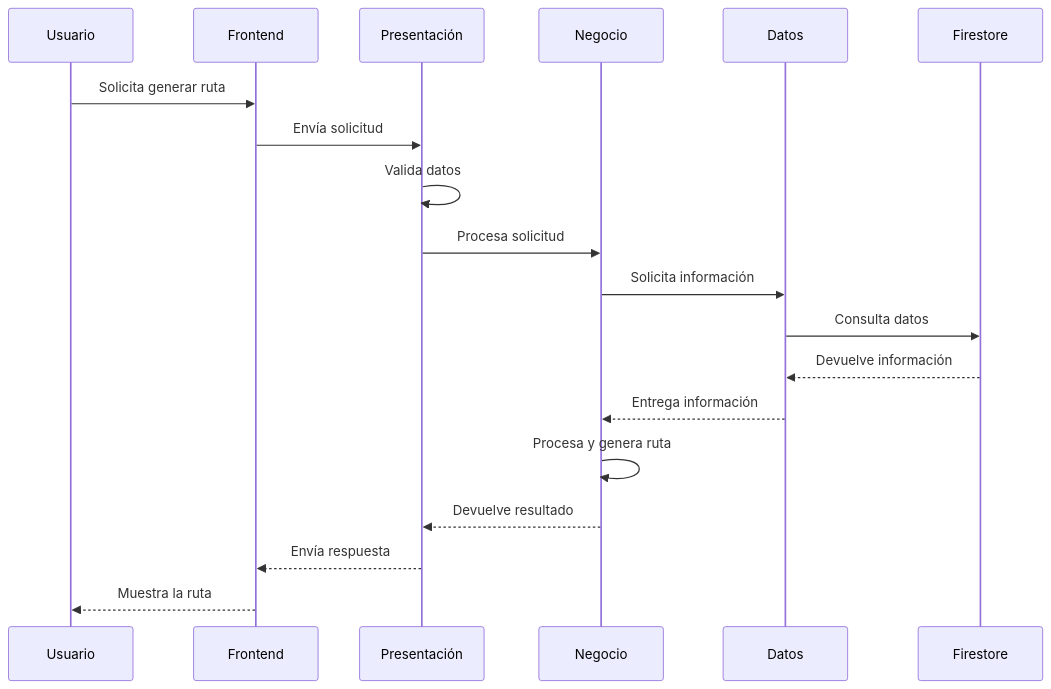
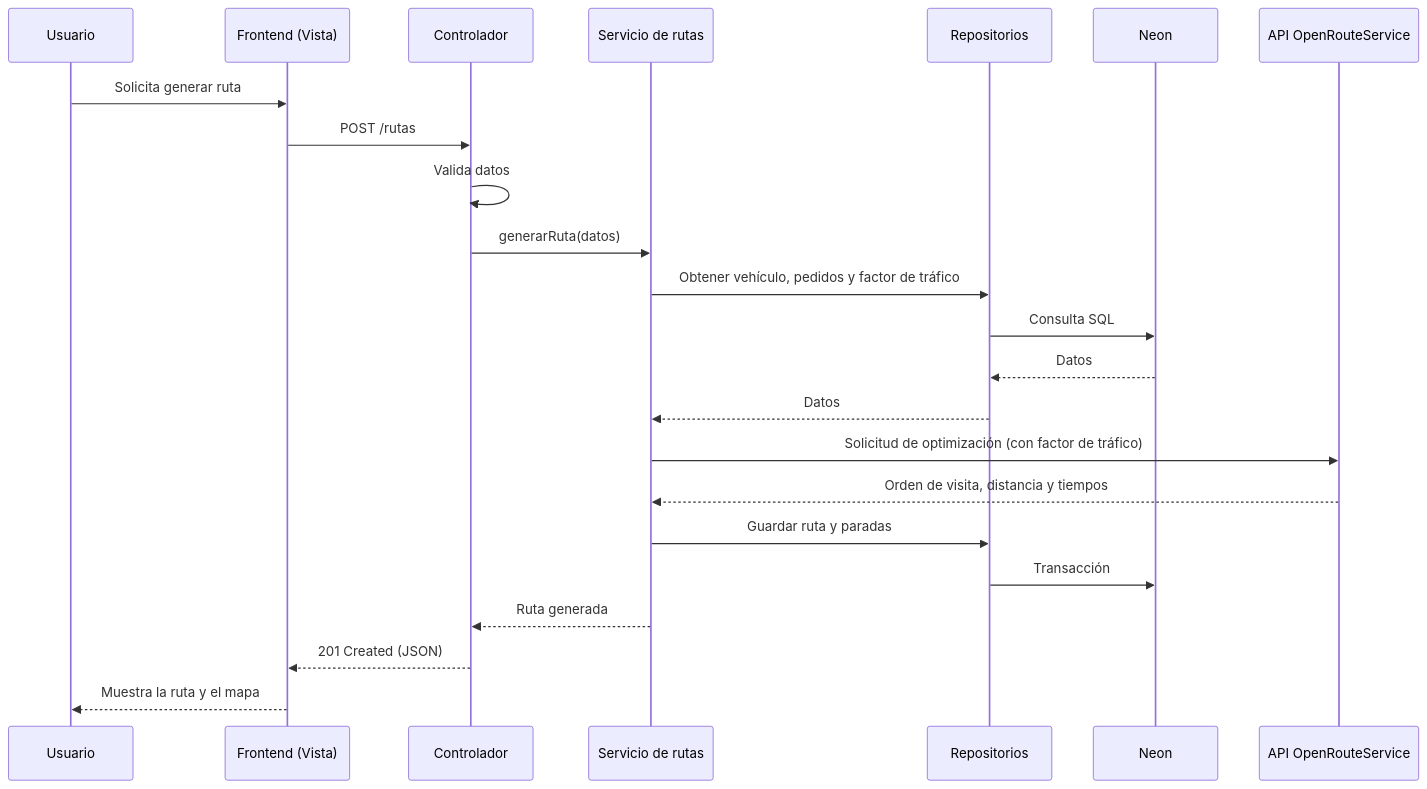
One commit to DayanaJC/EcoRuta-Wanka changed the fourth of 4 diagrams in docs/01 Inicio/12. Modelo C4 V_1_0_0.md. Above: the diagram before and after it, drawn with Mermaid. The commit also changed other lines of this file and 14 other files, not shown here.

````diff
--- a/docs/01 Inicio/12. Modelo C4 V_1_0_0.md
+++ b/docs/01 Inicio/12. Modelo C4 V_1_0_0.md
@@ -244,23 +248,27 @@
 ```mermaid
 sequenceDiagram
 
     participant U as Usuario
-    participant F as Frontend
-    participant P as Presentación
-    participant N as Negocio
-    participant D as Datos
-    participant DB as Firestore
+    participant F as Frontend (Vista)
+    participant C as Controlador
+    participant S as Servicio de rutas
+    participant R as Repositorios
+    participant DB as Neon
+    participant O as API OpenRouteService
 
     U->>F: Solicita generar ruta
-    F->>P: Envía solicitud
-    P->>P: Valida datos
-    P->>N: Procesa solicitud
-    N->>D: Solicita información
-    D->>DB: Consulta datos
-    DB-->>D: Devuelve información
-    D-->>N: Entrega información
-    N->>N: Procesa y genera ruta
-    N-->>P: Devuelve resultado
-    P-->>F: Envía respuesta
-    F-->>U: Muestra la ruta
+    F->>C: POST /rutas
+    C->>C: Valida datos
+    C->>S: generarRuta(datos)
+    S->>R: Obtener vehículo, pedidos y factor de tráfico
+    R->>DB: Consulta SQL
+    DB-->>R: Datos
+    R-->>S: Datos
+    S->>O: Solicitud de optimización (con factor de tráfico)
+    O-->>S: Orden de visita, distancia y tiempos
+    S->>R: Guardar ruta y paradas
+    R->>DB: Transacción
+    S-->>C: Ruta generada
+    C-->>F: 201 Created (JSON)
+    F-->>U: Muestra la ruta y el mapa
 ```
````
